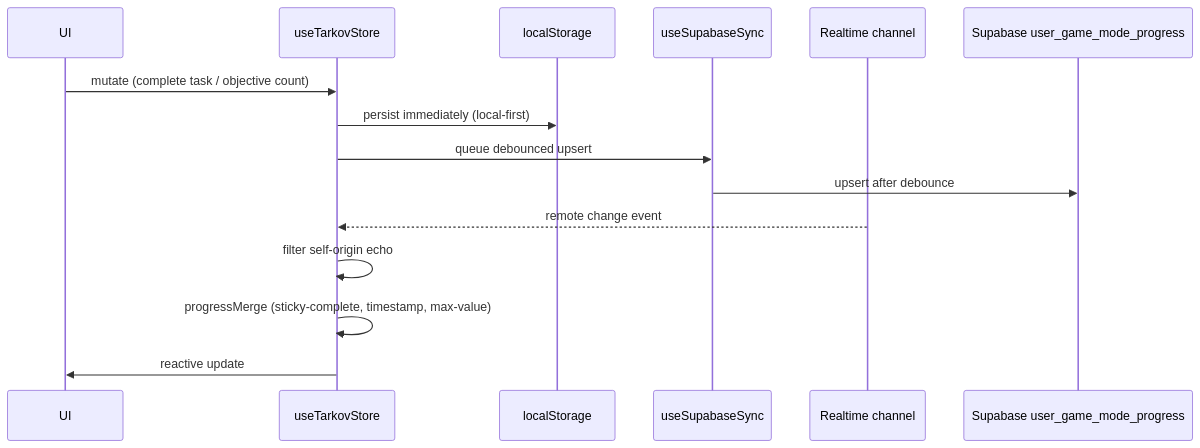
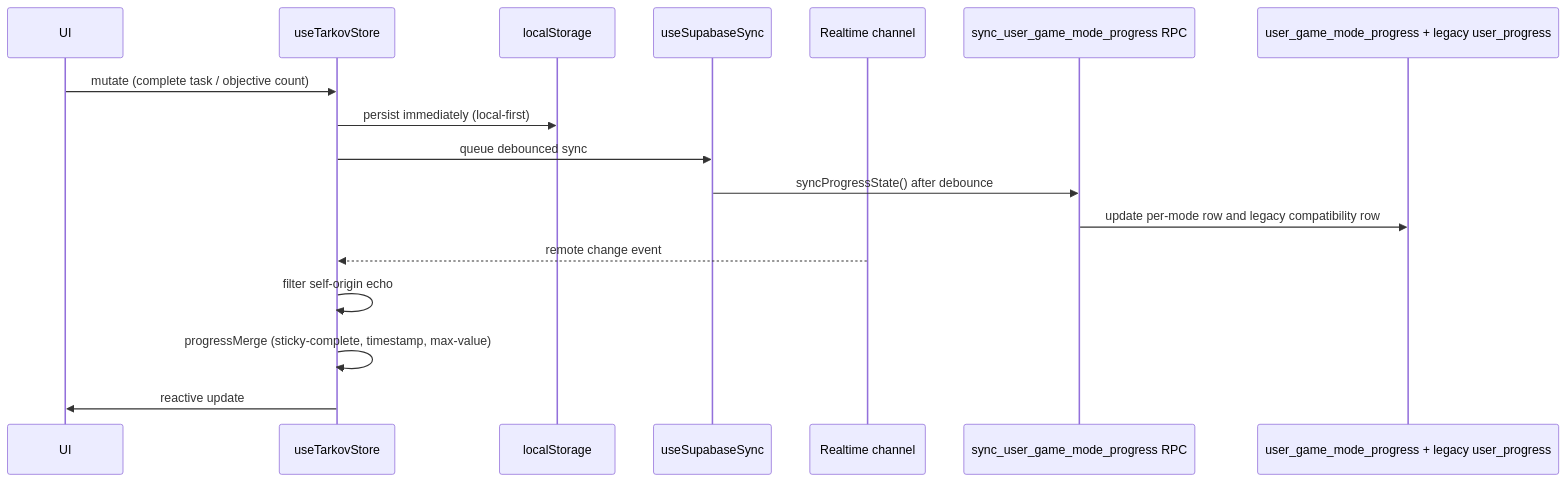
Before and after one commit to tarkovtracker-org/TarkovTracker: the third of 9 diagrams in docs/agent-context/summary/workflows.md, drawn with Mermaid. The commit also changed 3 other files, not shown here.

First line of the commit message:
docs(docs): match agent-context summaries to the schema and sync path

````diff
--- a/docs/agent-context/summary/workflows.md
+++ b/docs/agent-context/summary/workflows.md
@@ -62,18 +62,20 @@
 ```mermaid
 sequenceDiagram
     participant UI
     participant Tarkov as useTarkovStore
     participant LS as localStorage
     participant Sync as useSupabaseSync
     participant RT as Realtime channel
-    participant DB as Supabase user_game_mode_progress
+    participant RPC as sync_user_game_mode_progress RPC
+    participant DB as user_game_mode_progress + legacy user_progress
 
     UI->>Tarkov: mutate (complete task / objective count)
     Tarkov->>LS: persist immediately (local-first)
-    Tarkov->>Sync: queue debounced upsert
-    Sync->>DB: upsert after debounce
+    Tarkov->>Sync: queue debounced sync
+    Sync->>RPC: syncProgressState() after debounce
+    RPC->>DB: update per-mode row and legacy compatibility row
     RT-->>Tarkov: remote change event
     Tarkov->>Tarkov: filter self-origin echo
     Tarkov->>Tarkov: progressMerge (sticky-complete, timestamp, max-value)
     Tarkov->>UI: reactive update
 ```
````
